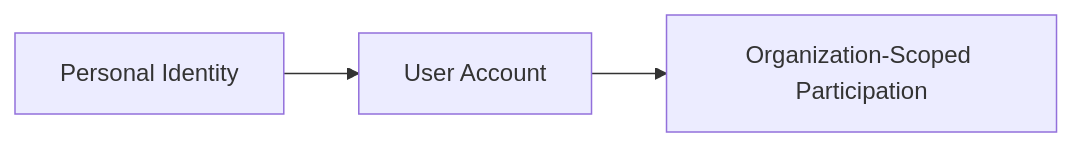
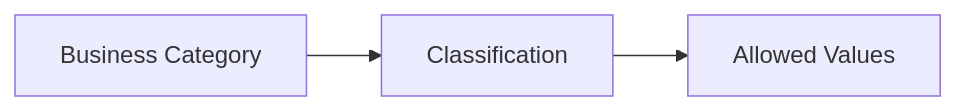
Before and after one commit to wrtnlabs/autobe-examples: the ninth of 19 diagrams in openai/gpt-5.4-mini/erp/docs/analysis/02-domain-model.md, drawn with Mermaid. The commit also changed other lines of this file and 9017 other files, not shown here.

````diff
--- a/openai/gpt-5.4-mini/erp/docs/analysis/02-domain-model.md
+++ b/openai/gpt-5.4-mini/erp/docs/analysis/02-domain-model.md
@@ -151,5 +611,5 @@
 ```mermaid
 flowchart LR
-    A["Personal Identity"] --> B["User Account"]
-    B --> C["Organization-Scoped Participation"]
+    A["Business Category"] --> B["Classification"]
+    B --> C["Allowed Values"]
 ```
````
